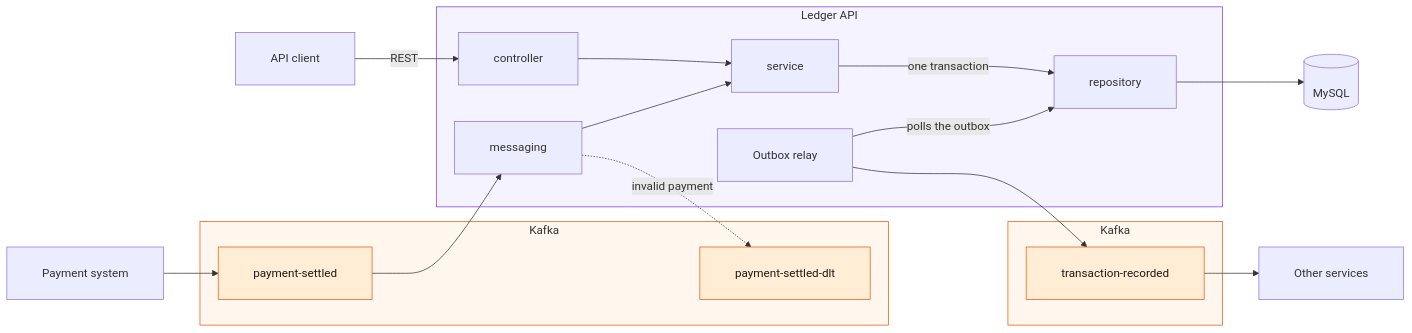
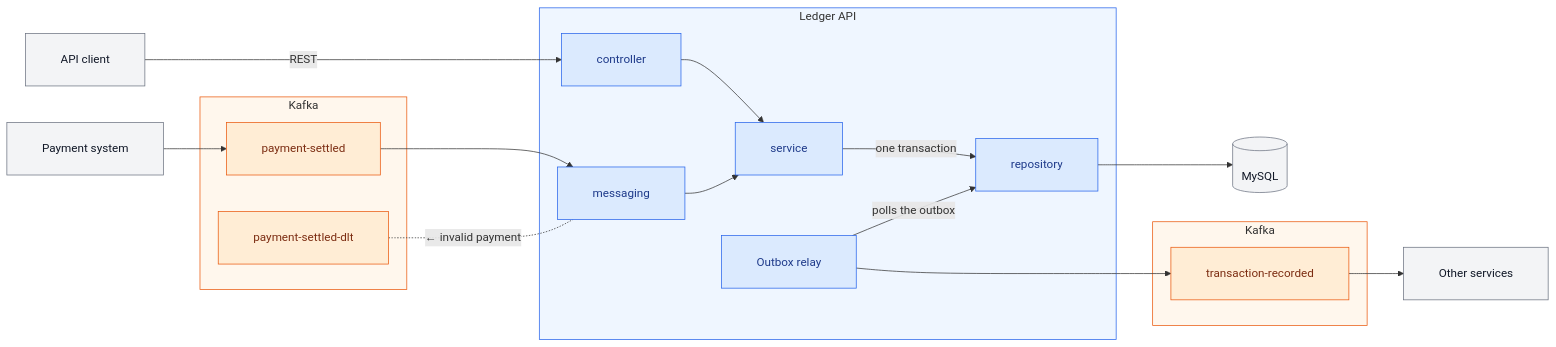
Before and after one commit to Daniel296/ledger-api: the diagram in README.md, drawn with Mermaid. The commit also changed other lines of this file, not shown here.

Commit message:
Lay out the design diagram from inputs to outputs

````diff
--- a/README.md
+++ b/README.md
@@ -12,34 +12,38 @@
 ```mermaid
 %%{init: {"flowchart": {"padding": 24}}}%%
 flowchart LR
-    client["API client"] -->|REST| controller
+    client["API client"] --->|REST| controller
     payments["Payment system"] --> settled
     subgraph kafkaIn["Kafka"]
         settled["payment-settled"]
         dlt["payment-settled-dlt"]
     end
     subgraph ledger["Ledger API"]
         controller
         messaging
         service
         relay["Outbox relay"]
         repository
     end
     settled --> messaging
-    messaging -.->|invalid payment| dlt
+    dlt -.-|"← invalid payment"| messaging
     controller --> service
     messaging --> service
     service -->|one transaction| repository
     relay -->|polls the outbox| repository
     repository --> mysql[("MySQL")]
     subgraph kafkaOut["Kafka"]
         recorded["transaction-recorded"]
     end
-    relay --> recorded
+    relay ---> recorded
     recorded --> consumers["Other services"]
-    classDef kafka fill:#ffedd5,stroke:#ea580c,color:#1c1917
+    classDef ours fill:#dbeafe,stroke:#2563eb,color:#1e3a8a
+    classDef kafka fill:#ffedd5,stroke:#ea580c,color:#7c2d12
+    classDef external fill:#f3f4f6,stroke:#6b7280,color:#111827
+    class controller,messaging,service,relay,repository ours
     class settled,dlt,recorded kafka
+    class client,payments,consumers,mysql external
+    style ledger fill:#eff6ff,stroke:#2563eb
     style kafkaIn fill:#fff7ed,stroke:#ea580c
     style kafkaOut fill:#fff7ed,stroke:#ea580c
-    style ledger fill:#f5f3ff,stroke:#7c3aed
 ```
````
